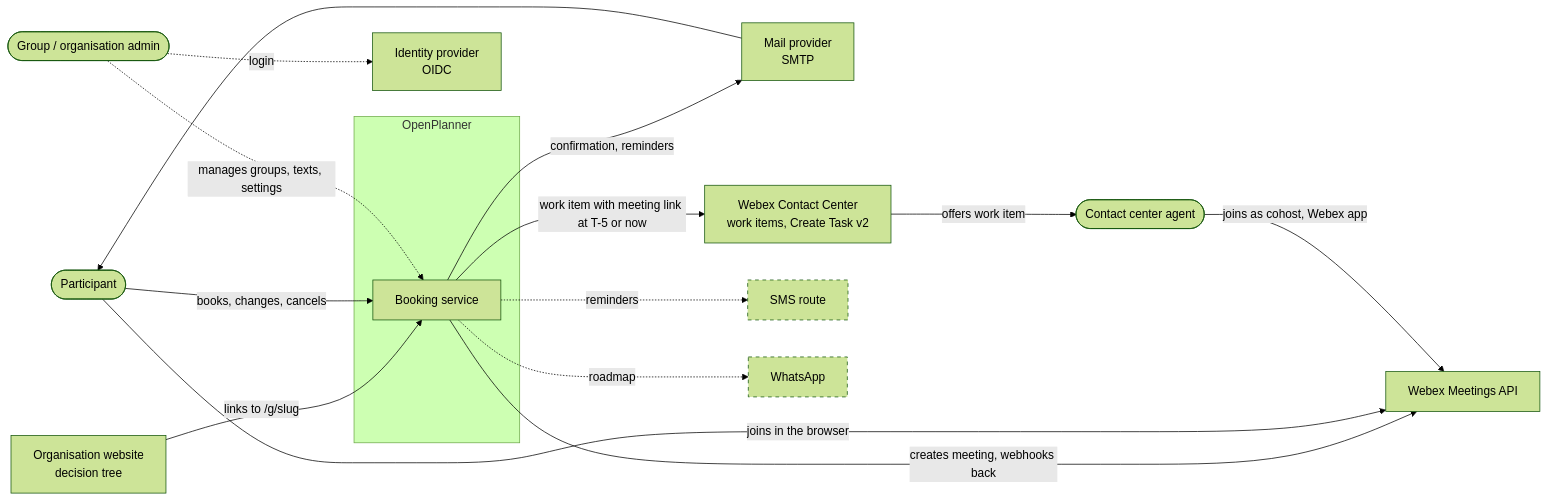
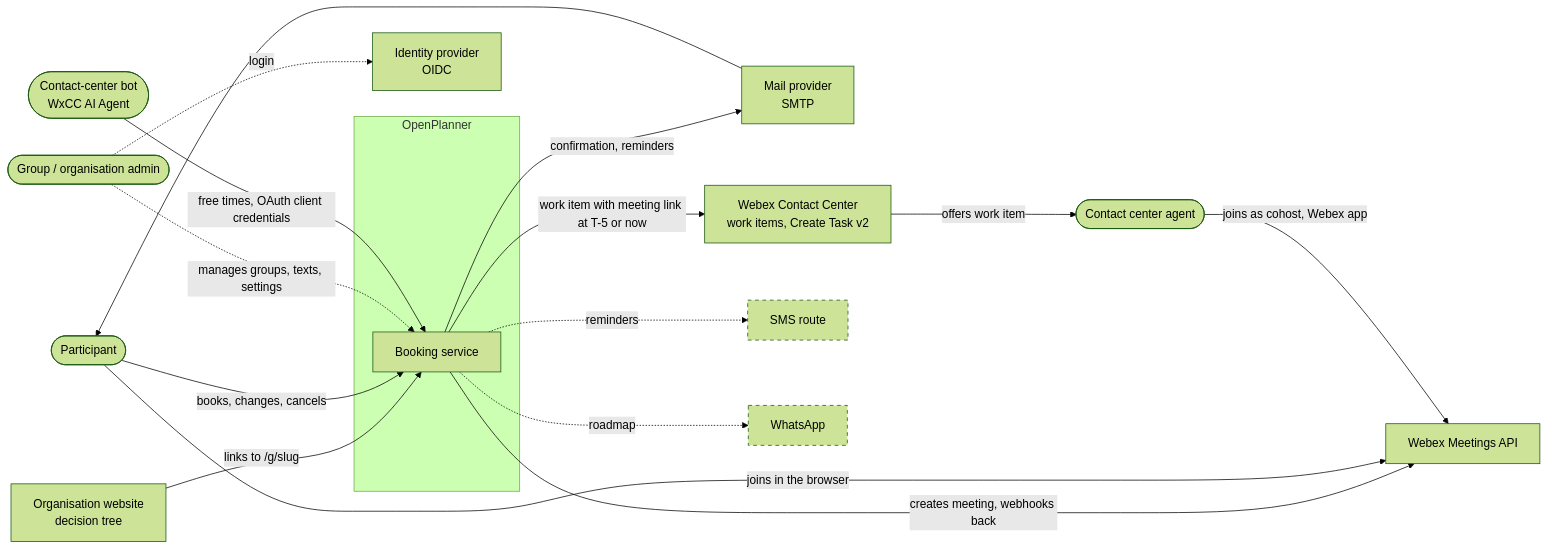
The first of 13 diagrams in docs/architecture.md (3Corners-Labs/OpenPlanner), drawn with Mermaid (forest theme) before and after one commit. The commit also changed other lines of this file and 57 other files, not shown here.

First line of the commit message:
feat(api): machine API foundation for contact-center bots (O11, ADR 0023)

````diff
--- a/docs/architecture.md
+++ b/docs/architecture.md
@@ -32,34 +32,36 @@
 ```mermaid
 flowchart LR
     participant([Participant])
     website[Organisation website<br/>decision tree]
     admin([Group / organisation admin])
     agent([Contact center agent])
+    bot([Contact-center bot<br/>WxCC AI Agent])
 
     subgraph op [OpenPlanner]
         service[Booking service]
     end
 
     smtp[Mail provider<br/>SMTP]
     wxcc[Webex Contact Center<br/>work items, Create Task v2]
     video[Webex Meetings API]
     idp[Identity provider<br/>OIDC]
     sms[SMS route]
     whatsapp[WhatsApp]
 
     website -- links to /g/slug --> service
     participant -- books, changes, cancels --> service
     service -- confirmation, reminders --> smtp --> participant
     admin -. manages groups, texts, settings .-> service
     service -- work item with meeting link at T-5 or now --> wxcc
     wxcc -- offers work item --> agent
     service -- creates meeting, webhooks back --> video
     participant -- joins in the browser --> video
     agent -- joins as cohost, Webex app --> video
     admin -. login .-> idp
     service -. reminders .-> sms
     service -. roadmap .-> whatsapp
+    bot -- free times, OAuth client credentials --> service
 
     classDef planned stroke-dasharray: 5 5
     class sms,whatsapp planned
 ```
````
